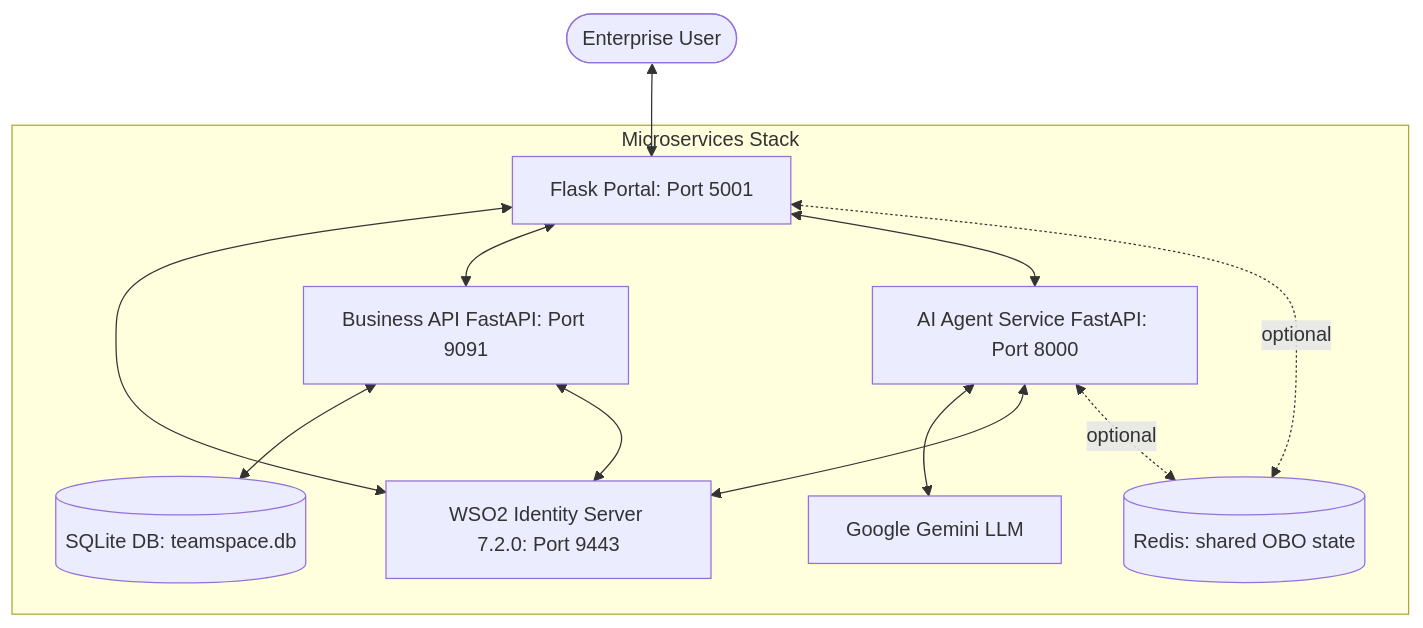
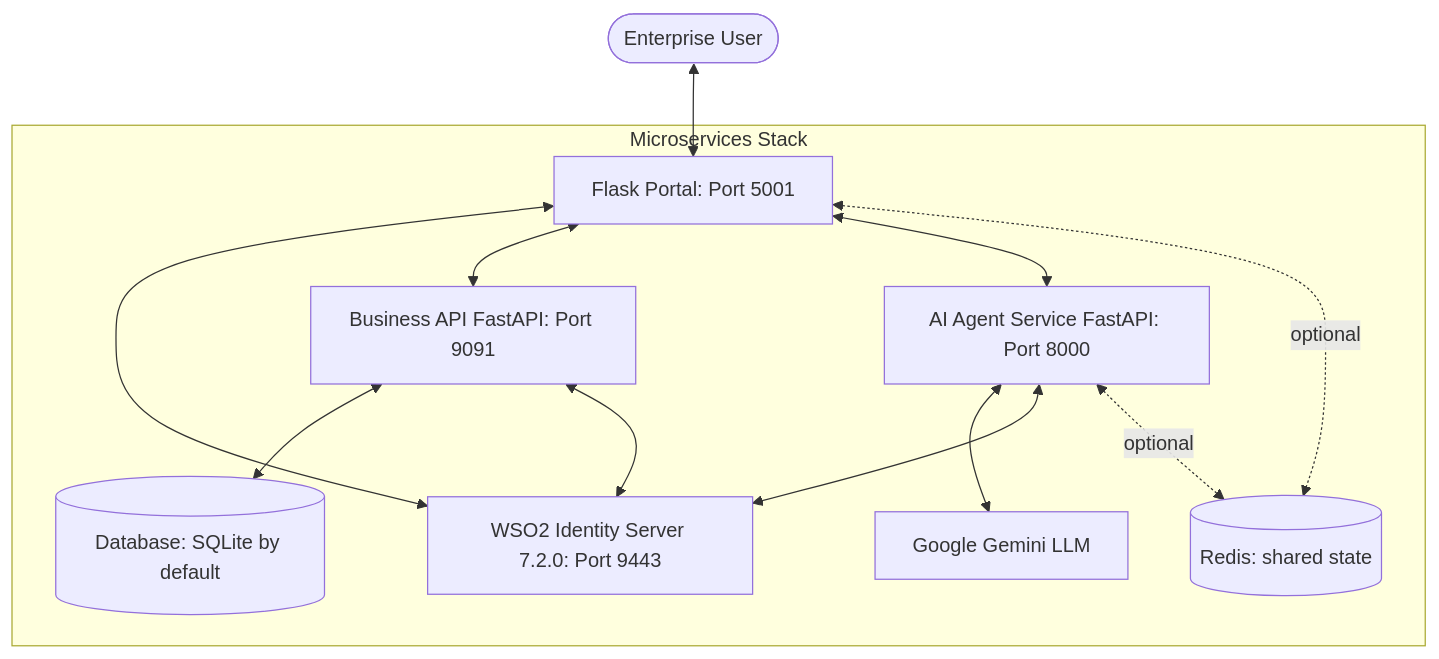
Before and after one commit to vfraga/wso2-teamspace-demo: the first of 2 diagrams in README.md, drawn with Mermaid. The commit also changed other lines of this file, not shown here.

````diff
--- a/README.md
+++ b/README.md
@@ -27,17 +35,17 @@
 ```mermaid
 graph TD
     User([Enterprise User]) <--> WebApp[Flask Portal: Port 5001]
     WebApp <--> WSO2[WSO2 Identity Server 7.2.0: Port 9443]
-    
+
     subgraph Microservices Stack
         WebApp <--> BizAPI[Business API FastAPI: Port 9091]
         WebApp <--> AIAgent[AI Agent Service FastAPI: Port 8000]
         AIAgent <--> Gemini[Google Gemini LLM]
         AIAgent <--> WSO2
-        BizAPI <--> SQL[(SQLite DB: teamspace.db)]
-        AIAgent <-.optional.-> Redis[(Redis: shared OBO state)]
+        BizAPI <--> SQL[(Database: SQLite by default)]
+        AIAgent <-.optional.-> Redis[(Redis: shared state)]
         WebApp <-.optional.-> Redis
     end
-    
+
     BizAPI <--> WSO2
 ```
````
